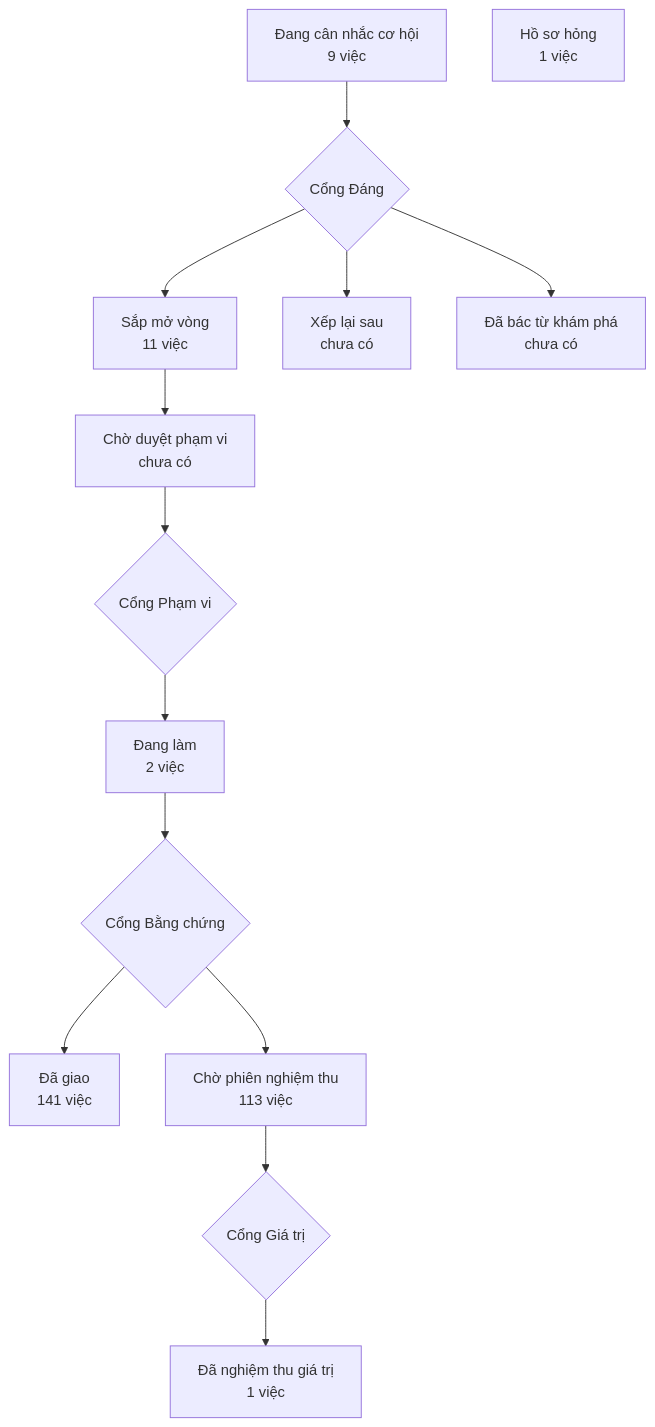
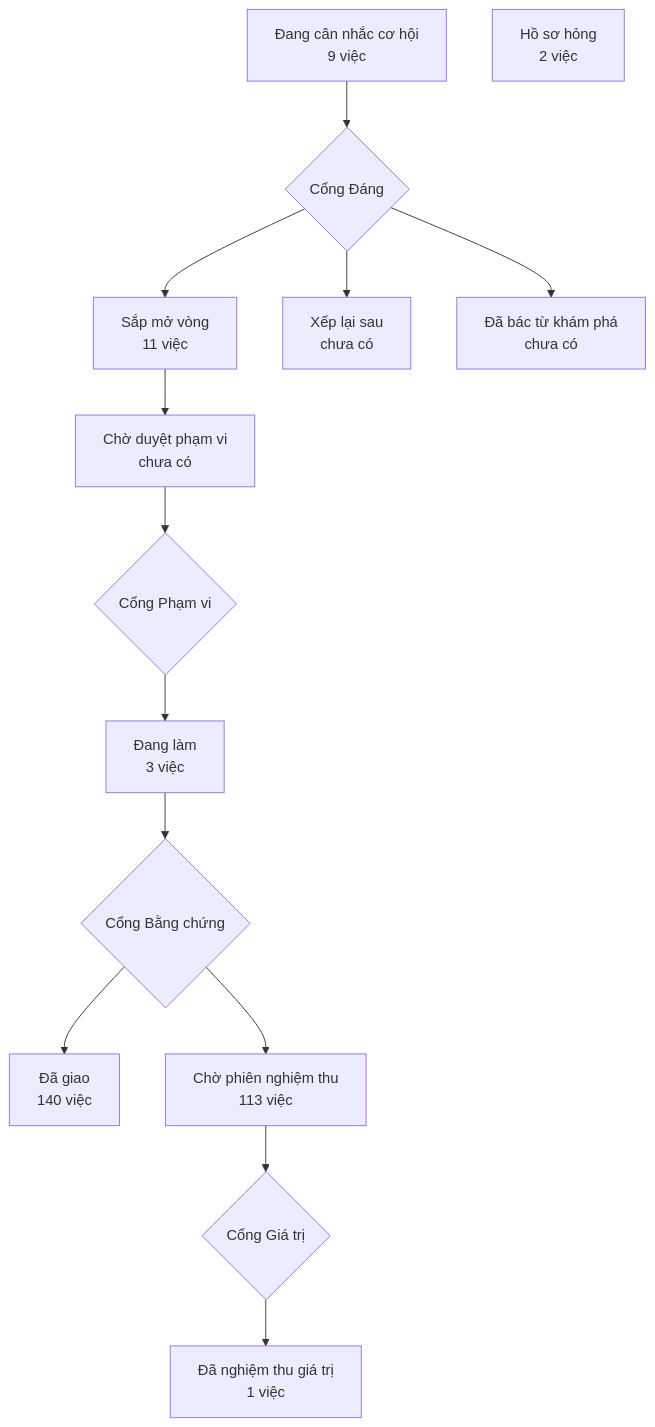
Before and after one commit to phanlemanh/crm-onehub: the diagram in PRODUCT-MAP.md, drawn with Mermaid. The commit also changed other lines of this file and 3 other files, not shown here.

````diff
--- a/PRODUCT-MAP.md
+++ b/PRODUCT-MAP.md
@@ -7,13 +7,13 @@
 ```mermaid
 flowchart TD
   A["Đang cân nhắc cơ hội<br/>9 việc"] --> GD{"Cổng Đáng"}
   GD --> B["Sắp mở vòng<br/>11 việc"]
   GD --> XL["Xếp lại sau<br/>chưa có"]
   GD --> DB["Đã bác từ khám phá<br/>chưa có"]
   B --> CD["Chờ duyệt phạm vi<br/>chưa có"] --> GP{"Cổng Phạm vi"}
-  GP --> DL["Đang làm<br/>2 việc"] --> GB{"Cổng Bằng chứng"}
-  GB --> DG["Đã giao<br/>141 việc"]
+  GP --> DL["Đang làm<br/>3 việc"] --> GB{"Cổng Bằng chứng"}
+  GB --> DG["Đã giao<br/>140 việc"]
   GB --> CN["Chờ phiên nghiệm thu<br/>113 việc"] --> GG{"Cổng Giá trị"}
   GG --> NT["Đã nghiệm thu giá trị<br/>1 việc"]
-  HS["Hồ sơ hỏng<br/>1 việc"]
+  HS["Hồ sơ hỏng<br/>2 việc"]
 ```
````
